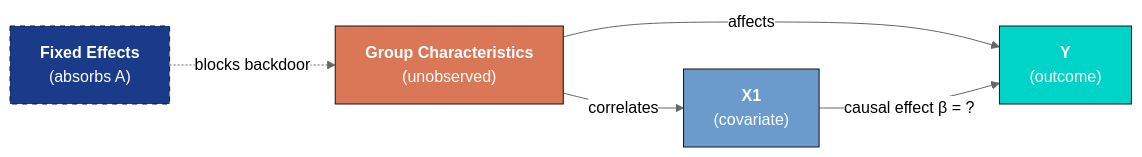
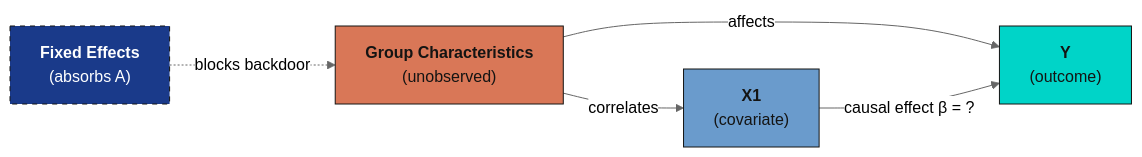
Before and after one commit to cmg777/starter-academic-v501: the first of 2 diagrams in content/post/python_pyfixest/index.md, drawn with Mermaid (neutral theme). The commit also changed other lines of this file and 67 other files, not shown here.

First line of the commit message:
fix(mermaid): readable diagram text in both themes across the site

````diff
--- a/content/post/python_pyfixest/index.md
+++ b/content/post/python_pyfixest/index.md
@@ -401,11 +401,11 @@
 ```mermaid
 graph LR
     A["<b>Group Characteristics</b><br/>(unobserved)"] -->|"correlates"| X["<b>X1</b><br/>(covariate)"]
     A -->|"affects"| Y["<b>Y</b><br/>(outcome)"]
     X -->|"causal effect β = ?"| Y
     FE["<b>Fixed Effects</b><br/>(absorbs A)"] -.->|"blocks backdoor"| A
-    style A fill:#d97757,stroke:#141413,color:#fff
-    style X fill:#6a9bcc,stroke:#141413,color:#fff
-    style Y fill:#00d4c8,stroke:#141413,color:#fff
+    style A fill:#d97757,stroke:#141413,color:#141413
+    style X fill:#6a9bcc,stroke:#141413,color:#141413
+    style Y fill:#00d4c8,stroke:#141413,color:#141413
     style FE fill:#1a3a8a,stroke:#141413,color:#fff,stroke-dasharray: 5 5
 ```
````
